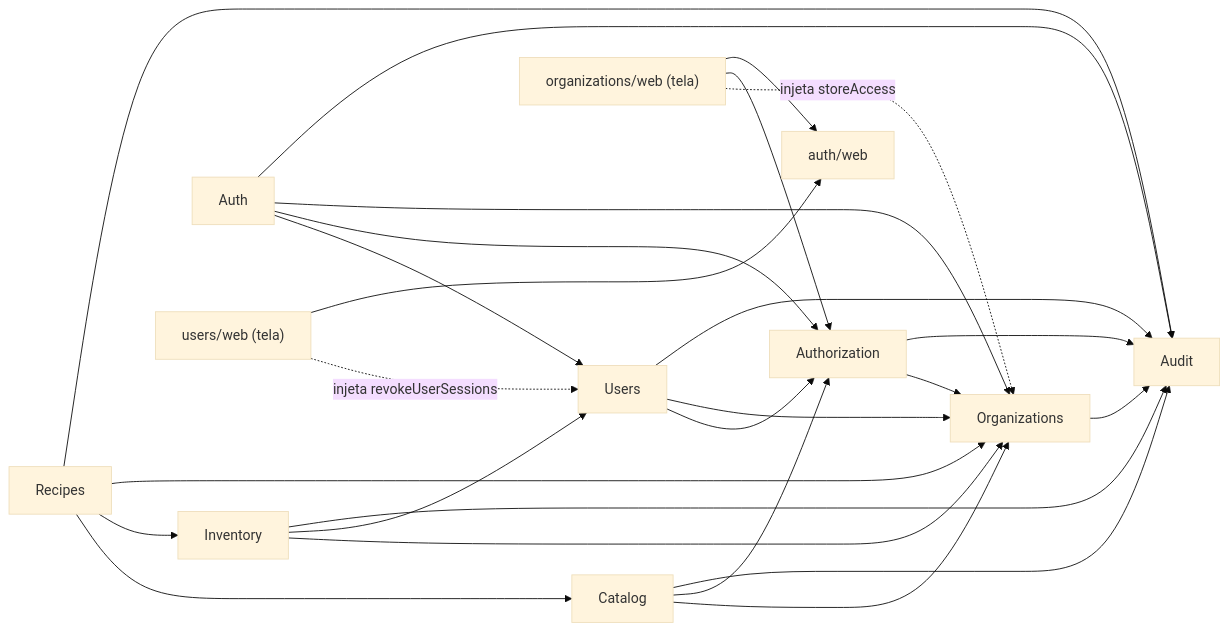
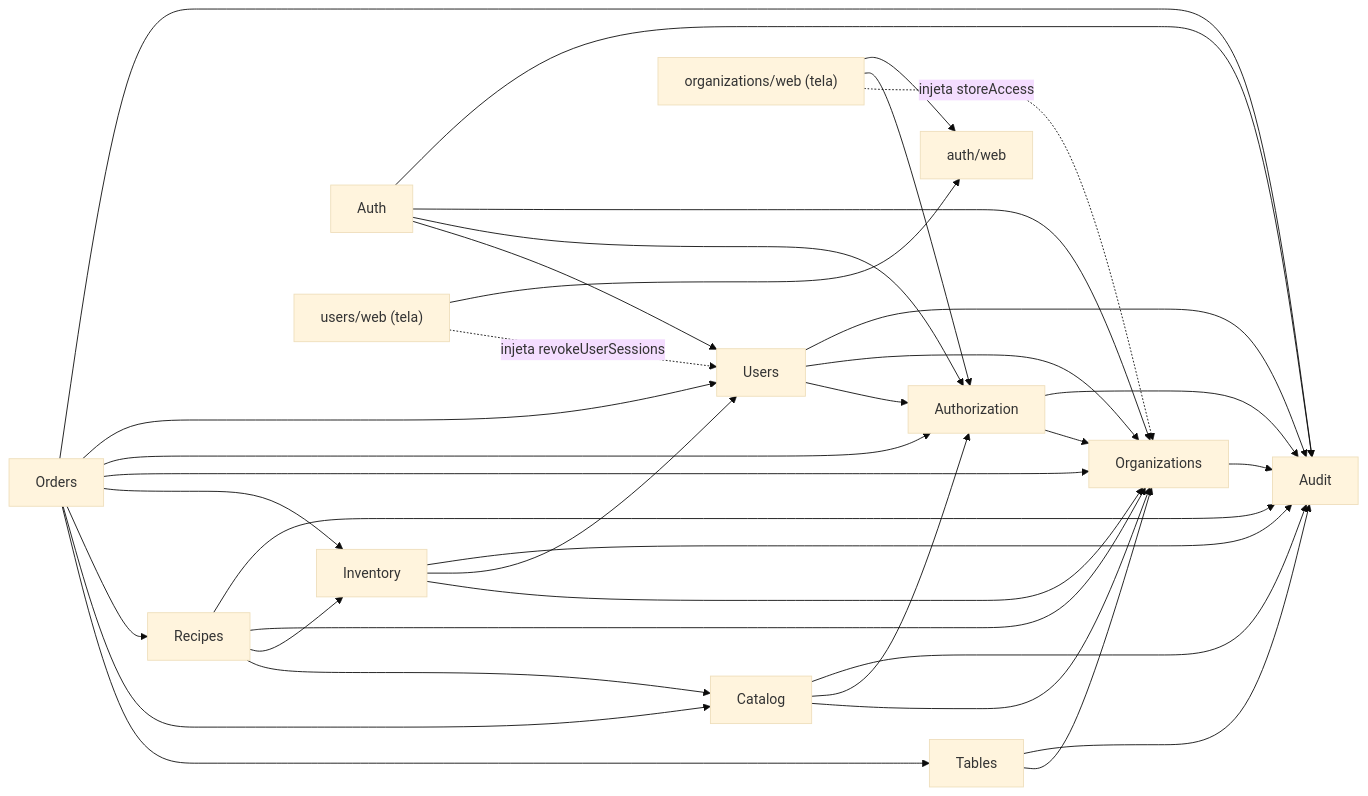
The first of 2 diagrams in maps/modules/dependencias.md (marlonerick/erp-mesa-restaurante), drawn with Mermaid (base theme) before and after one commit. The commit also changed other lines of this file and 83 other files, not shown here.

````diff
--- a/maps/modules/dependencias.md
+++ b/maps/modules/dependencias.md
@@ -8,28 +8,38 @@
 ```mermaid
 flowchart LR
+  ORD[Orders] --> TAB[Tables]
+  ORD --> CAT
+  ORD --> REC
+  ORD --> INV
+  ORD --> ORG
+  ORD --> AUTHZ
+  ORD --> USERS
+  ORD --> AUDIT
+  TAB --> ORG
+  TAB --> AUDIT
   REC[Recipes] --> CAT
   REC --> INV[Inventory]
   REC --> ORG
   REC --> AUDIT
   INV --> ORG
   INV --> USERS
   INV --> AUDIT
   CAT[Catalog] --> ORG
   CAT --> AUTHZ
   CAT --> AUDIT
   AUTH[Auth] --> USERS[Users]
   AUTH --> AUTHZ[Authorization]
   AUTH --> ORG[Organizations]
   USERS --> AUTHZ
   USERS --> ORG
   AUTHZ --> ORG
   AUTH --> AUDIT[Audit]
   USERS --> AUDIT
   AUTHZ --> AUDIT
   ORG --> AUDIT
   USERSWEB["users/web (tela)"] -. injeta revokeUserSessions .-> USERS
   USERSWEB --> AUTHWEB["auth/web"]
   ORGWEB["organizations/web (tela)"] -. injeta storeAccess .-> ORG
   ORGWEB --> AUTHZ
   ORGWEB --> AUTHWEB
 ```
````
